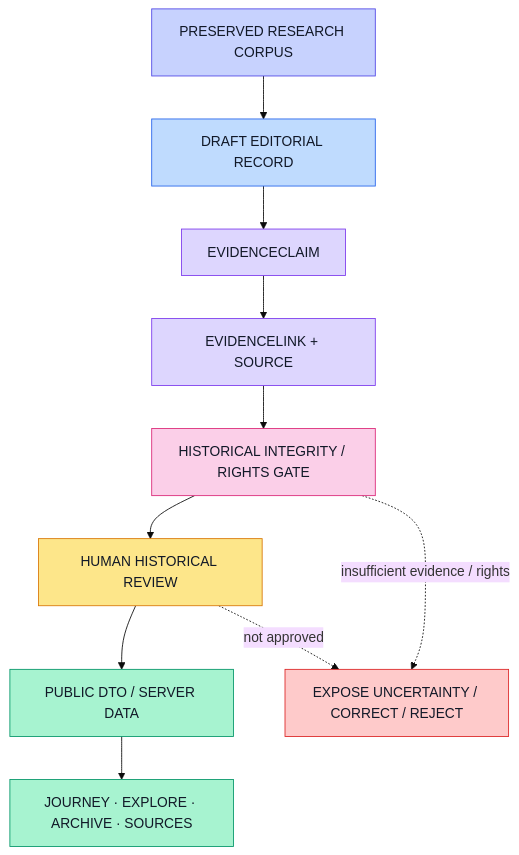
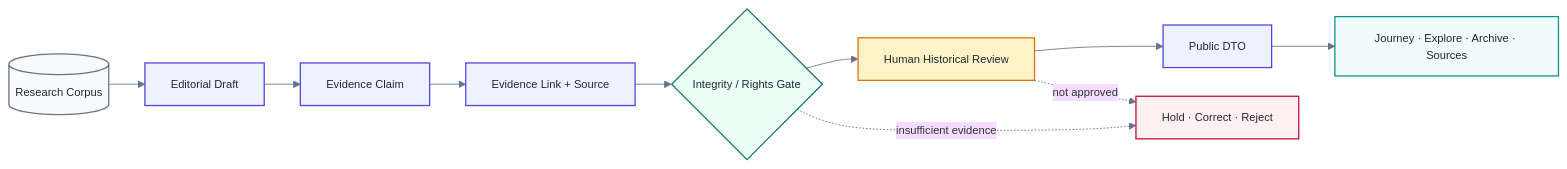
One commit to drferdi/Kediri-Kings-Century changed the third of 4 diagrams in README.md. Above: the diagram before and after it, drawn with Mermaid. The commit also changed other lines of this file, not shown here.

Commit message:
docs(readme): refine diagrams and reduce table typography

```diff
--- a/README.md
+++ b/README.md
@@ -432,39 +437,32 @@
 ~~~mermaid
-%%{init: {'theme':'base'}}%%
-flowchart TB
-  CORPUS["PRESERVED RESEARCH CORPUS"]
-  DRAFT["DRAFT EDITORIAL RECORD"]
-  CLAIM["EVIDENCECLAIM"]
-  LINK["EVIDENCELINK + SOURCE"]
-  GATE["HISTORICAL INTEGRITY / RIGHTS GATE"]
-  REVIEW["HUMAN HISTORICAL REVIEW"]
-  DTO["PUBLIC DTO / SERVER DATA"]
-  OUTPUT["JOURNEY · EXPLORE · ARCHIVE · SOURCES"]
-  ESC["EXPOSE UNCERTAINTY / CORRECT / REJECT"]
+%%{init: {'theme':'base','flowchart':{'curve':'basis','nodeSpacing':28,'rankSpacing':42},'themeVariables':{'fontFamily':'Inter, ui-sans-serif, system-ui','fontSize':'13px','lineColor':'#64748B'}}}%%
+flowchart LR
+  CORPUS[("Research Corpus")]
+  DRAFT["Editorial Draft"]
+  CLAIM["Evidence Claim"]
+  SOURCE["Evidence Link + Source"]
+  GATE{"Integrity / Rights Gate"}
+  REVIEW["Human Historical Review"]
+  DTO["Public DTO"]
+  OUTPUT["Journey · Explore · Archive · Sources"]
+  HOLD["Hold · Correct · Reject"]
 
-  CORPUS --> DRAFT
-  DRAFT --> CLAIM
-  CLAIM --> LINK
-  LINK --> GATE
-  GATE --> REVIEW
-  REVIEW --> DTO
-  DTO --> OUTPUT
-  GATE -. insufficient evidence / rights .-> ESC
-  REVIEW -. not approved .-> ESC
+  CORPUS --> DRAFT --> CLAIM --> SOURCE --> GATE
+  GATE --> REVIEW --> DTO --> OUTPUT
+  GATE -. insufficient evidence .-> HOLD
+  REVIEW -. not approved .-> HOLD
 
-  classDef corpus fill:#C7D2FE,stroke:#4F46E5,color:#111827;
-  classDef draft fill:#BFDBFE,stroke:#2563EB,color:#111827;
-  classDef evidence fill:#DDD6FE,stroke:#7C3AED,color:#111827;
-  classDef gate fill:#FBCFE8,stroke:#DB2777,color:#111827;
-  classDef human fill:#FDE68A,stroke:#D97706,color:#111827;
-  classDef output fill:#A7F3D0,stroke:#059669,color:#111827;
-  classDef esc fill:#FECACA,stroke:#DC2626,color:#111827;
+  classDef data fill:#F8FAFC,stroke:#64748B,stroke-width:1.5px,color:#1F2937;
+  classDef system fill:#EEF2FF,stroke:#4F46E5,stroke-width:1.5px,color:#1F2937;
+  classDef gate fill:#ECFDF5,stroke:#0F766E,stroke-width:1.5px,color:#1F2937;
+  classDef human fill:#FEF3C7,stroke:#D97706,stroke-width:1.5px,color:#1F2937;
+  classDef public fill:#F0FDFA,stroke:#0D9488,stroke-width:1.5px,color:#1F2937;
+  classDef exception fill:#FFF1F2,stroke:#BE123C,stroke-width:1.5px,color:#1F2937;
 
-  class CORPUS corpus;
-  class DRAFT draft;
-  class CLAIM,LINK evidence;
+  class CORPUS data;
+  class DRAFT,CLAIM,SOURCE,DTO system;
   class GATE gate;
   class REVIEW human;
-  class DTO,OUTPUT output;
-  class ESC esc;
+  class OUTPUT public;
+  class HOLD exception;
 ~~~
```
